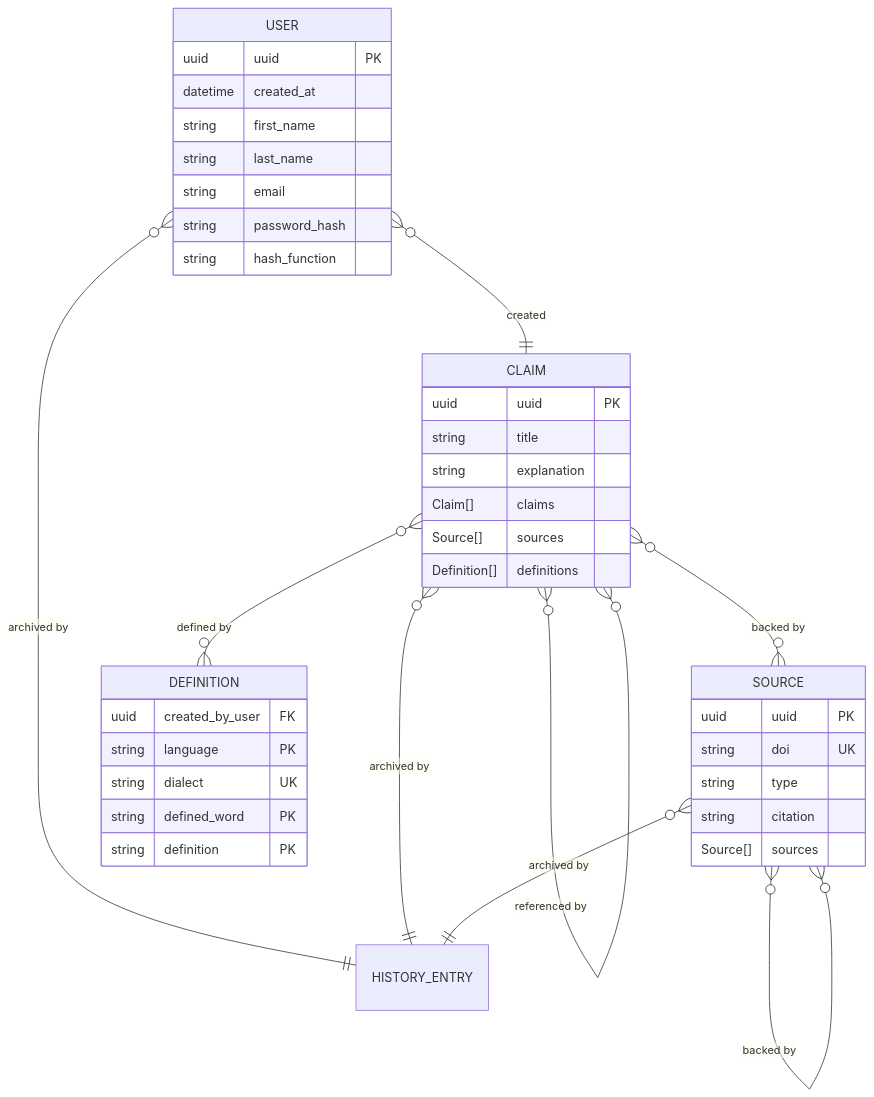
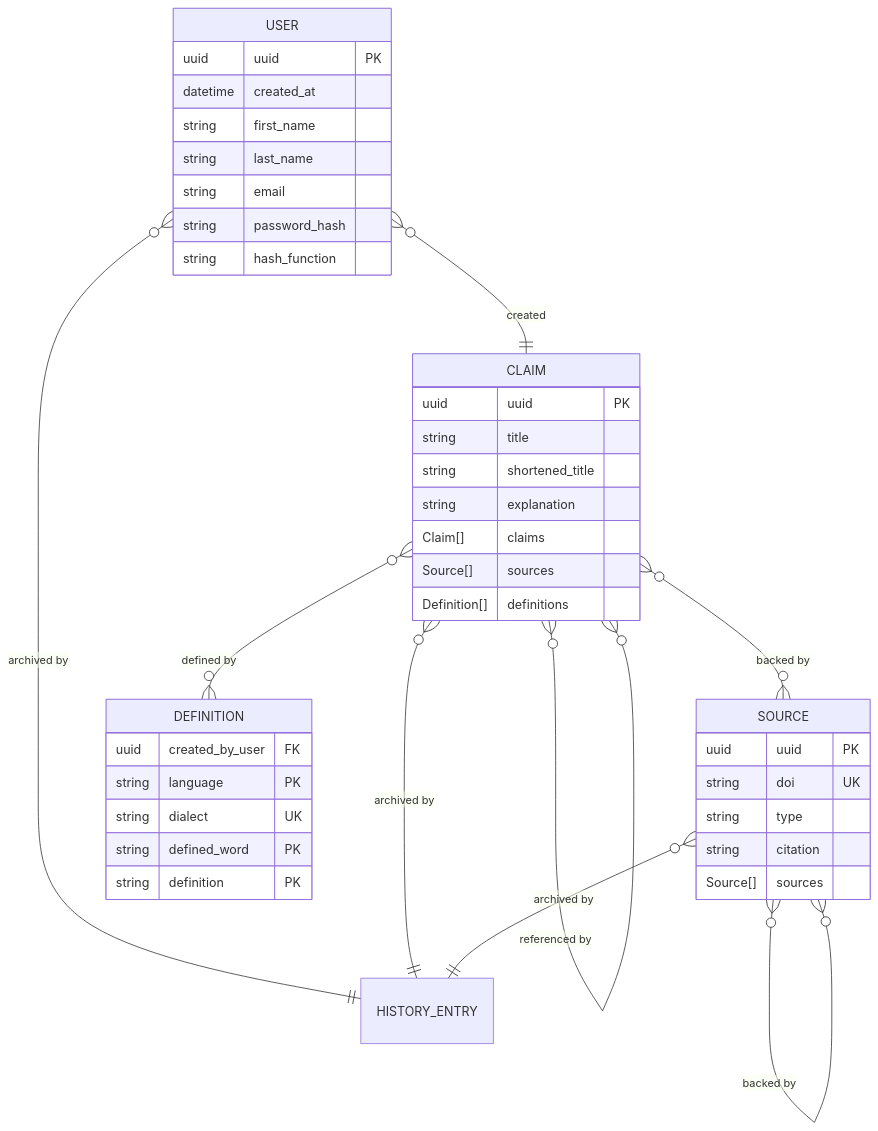
One commit to Goga-Barabadze/shelley changed the diagram in docs/implementation/data-structure.md. Above: the diagram before and after it, drawn with Mermaid.

Commit message:
docs: add explanation field to claim table

````diff
--- a/docs/implementation/data-structure.md
+++ b/docs/implementation/data-structure.md
@@ -3,48 +3,49 @@
 ```mermaid
 erDiagram
     USER {
         uuid uuid PK
         datetime created_at
         string first_name
         string last_name
         string email
         string password_hash
         string hash_function
     }
 
     CLAIM {
         uuid uuid PK
         string title
+        string shortened_title
         string explanation
         Claim[] claims
         Source[] sources
         Definition[] definitions
     }
 
     SOURCE {
         uuid uuid PK
         string doi UK
         string type
         string citation
         Source[] sources
     }
 
     DEFINITION {
         uuid created_by_user FK
         string language PK
         string dialect UK
         string defined_word PK
         string definition PK
     }
 
     HISTORY_ENTRY {}
 
     USER }o--|| HISTORY_ENTRY : "archived by"
     USER }o--|| CLAIM : created
     CLAIM }o--|| HISTORY_ENTRY : "archived by"
     SOURCE }o--|| HISTORY_ENTRY : "archived by"
     CLAIM }o--o{ DEFINITION : "defined by"
     CLAIM }o--o{ CLAIM : "referenced by"
     CLAIM }o--o{ SOURCE : "backed by"
     SOURCE }o--o{ SOURCE : "backed by"
 ```
````
